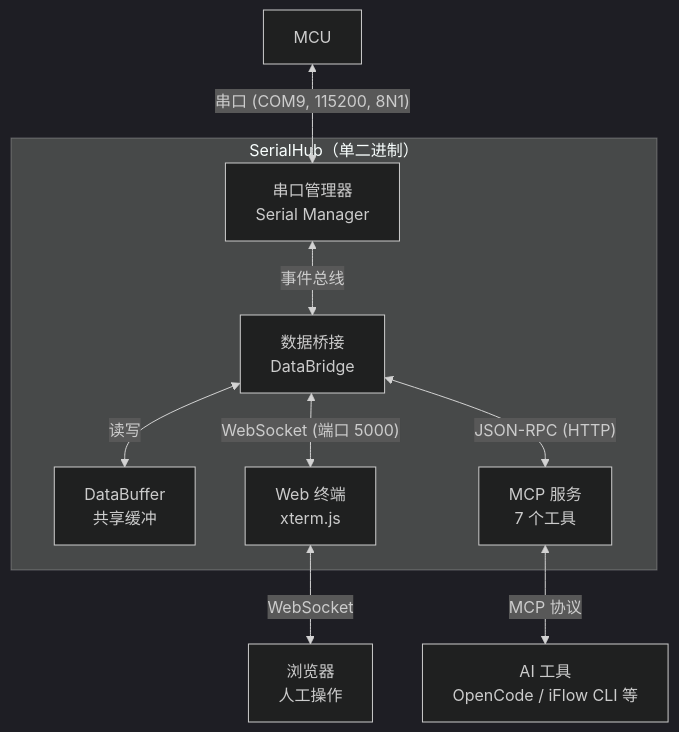
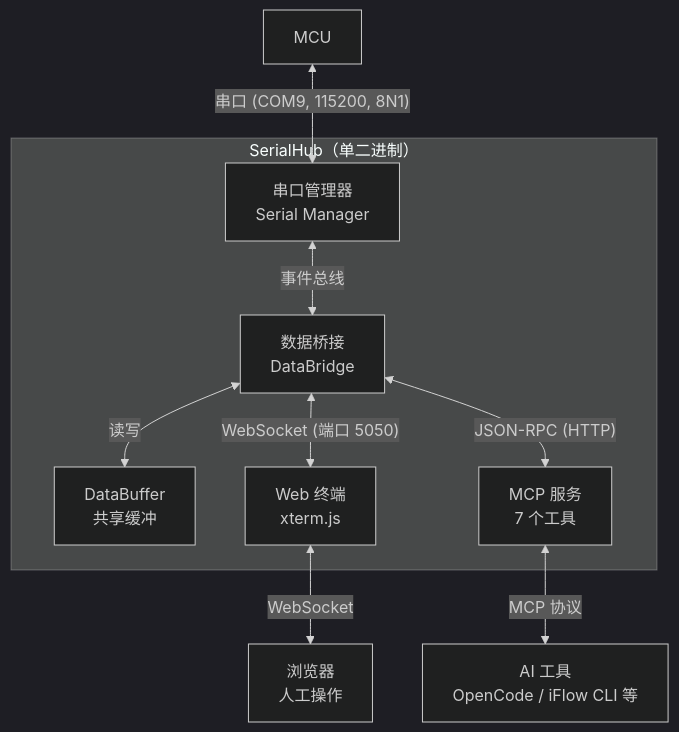
One commit to dongly/SerialHub changed the diagram in README.md. Above: the diagram before and after it, drawn with Mermaid (dark theme). The commit also changed other lines of this file and 23 other files, not shown here.

````diff
--- a/README.md
+++ b/README.md
@@ -21,14 +21,14 @@
 ```mermaid
 flowchart TB
     MCU["MCU"] <-->|"串口 (COM9, 115200, 8N1)"| Serial["串口管理器<br/>Serial Manager"]
 
     subgraph SerialHub["SerialHub（单二进制）"]
         Serial <-->|"事件总线"| Bridge["数据桥接<br/>DataBridge"]
         Bridge <-->|"读写"| Buffer["DataBuffer<br/>共享缓冲"]
-        Bridge <-->|"WebSocket (端口 5000)"| Web["Web 终端<br/>xterm.js"]
+        Bridge <-->|"WebSocket (端口 5050)"| Web["Web 终端<br/>xterm.js"]
         Bridge <-->|"JSON-RPC (HTTP)"| MCP["MCP 服务<br/>7 个工具"]
     end
 
     Web <-->|"WebSocket"| Browser["浏览器<br/>人工操作"]
     MCP <-->|"MCP 协议"| AI["AI 工具<br/>OpenCode / iFlow CLI 等"]
 ```
````
